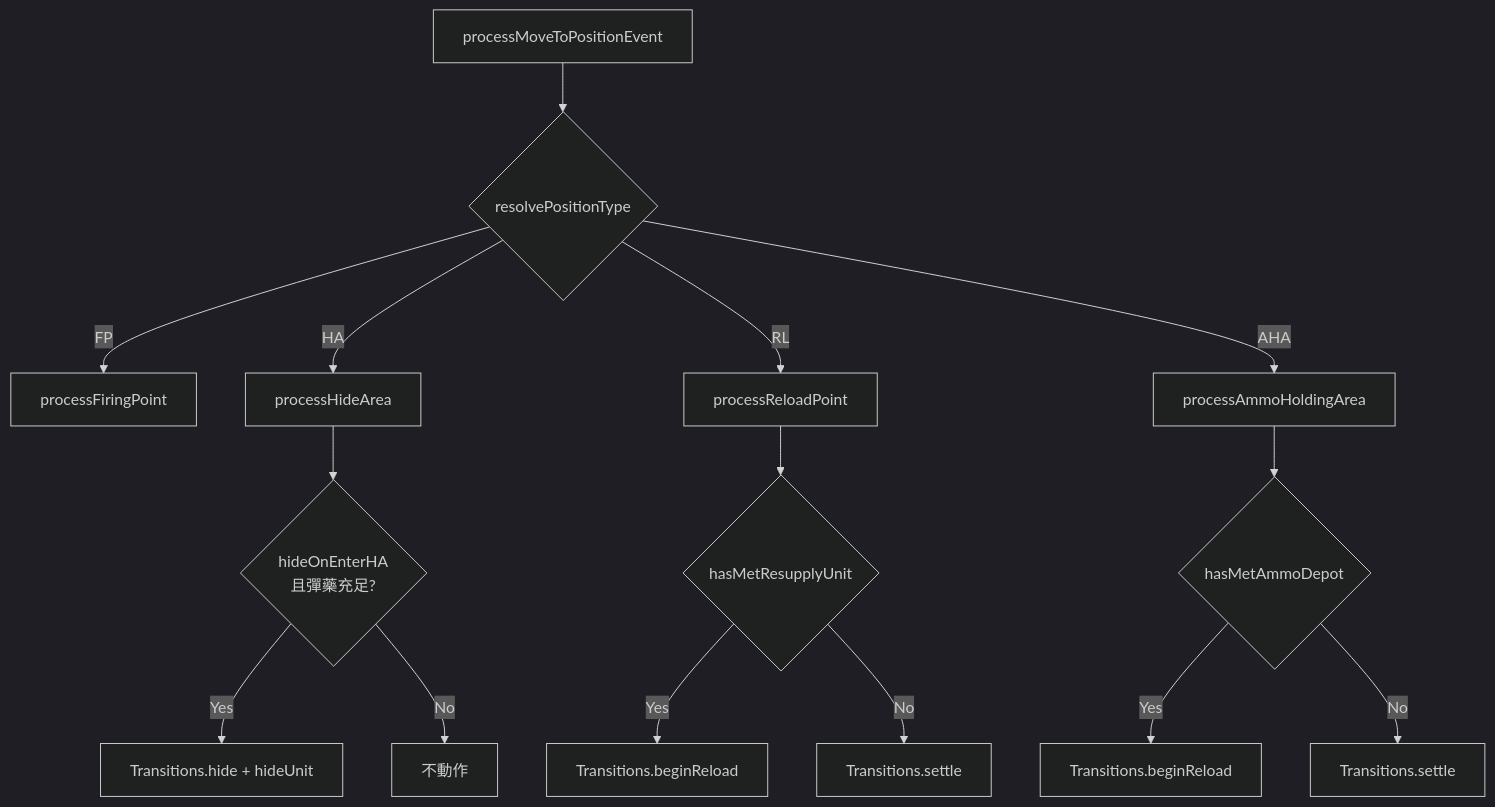
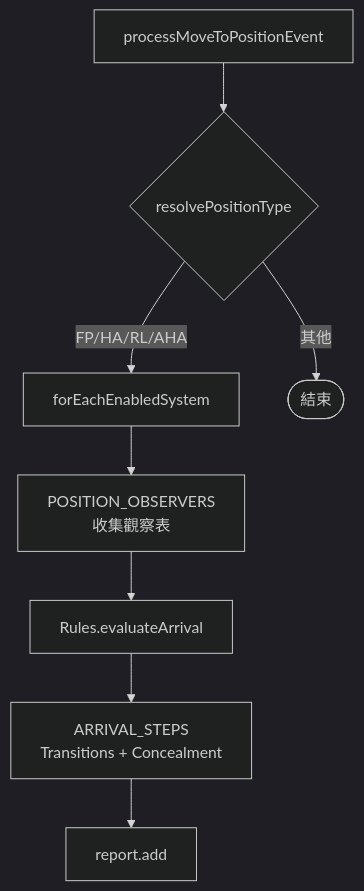
Before and after one commit to pullupjumper/formosa-in-flames: the diagram in docs/missileSystem/arrival.md, drawn with Mermaid (dark theme). The commit also changed other lines of this file and 8 other files, not shown here.

First line of the commit message:
docs(missileSystem): document the rules module and drop duplicate specs

````diff
--- a/docs/missileSystem/arrival.md
+++ b/docs/missileSystem/arrival.md
@@ -29,20 +29,10 @@
 ```mermaid
 flowchart TD
     A[processMoveToPositionEvent] --> B{resolvePositionType}
-    B -->|FP| C[processFiringPoint]
-    B -->|HA| D[processHideArea]
-    B -->|RL| E[processReloadPoint]
-    B -->|AHA| F[processAmmoHoldingArea]
-
-    D --> M{hideOnEnterHA<br/>且彈藥充足?}
-    M -->|Yes| N[Transitions.hide + hideUnit]
-    M -->|No| O[不動作]
-
-    E --> G{hasMetResupplyUnit}
-    G -->|Yes| H[Transitions.beginReload]
-    G -->|No| I[Transitions.settle]
-
-    F --> J{hasMetAmmoDepot}
-    J -->|Yes| K[Transitions.beginReload]
-    J -->|No| L[Transitions.settle]
+    B -->|FP/HA/RL/AHA| C[forEachEnabledSystem]
+    B -->|其他| Z([結束])
+    C --> D[POSITION_OBSERVERS<br/>收集觀察表]
+    D --> E[Rules.evaluateArrival]
+    E --> F[ARRIVAL_STEPS<br/>Transitions + Concealment]
+    F --> G[report.add]
 ```
````
